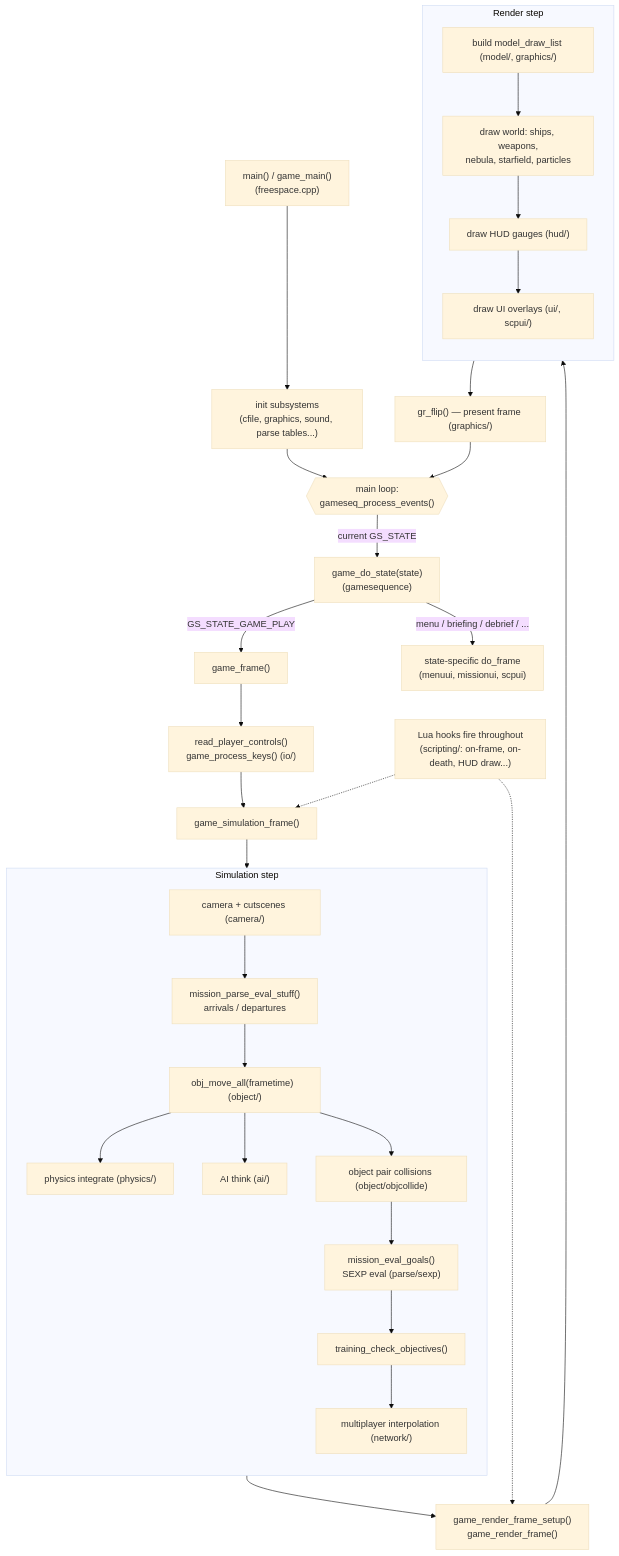
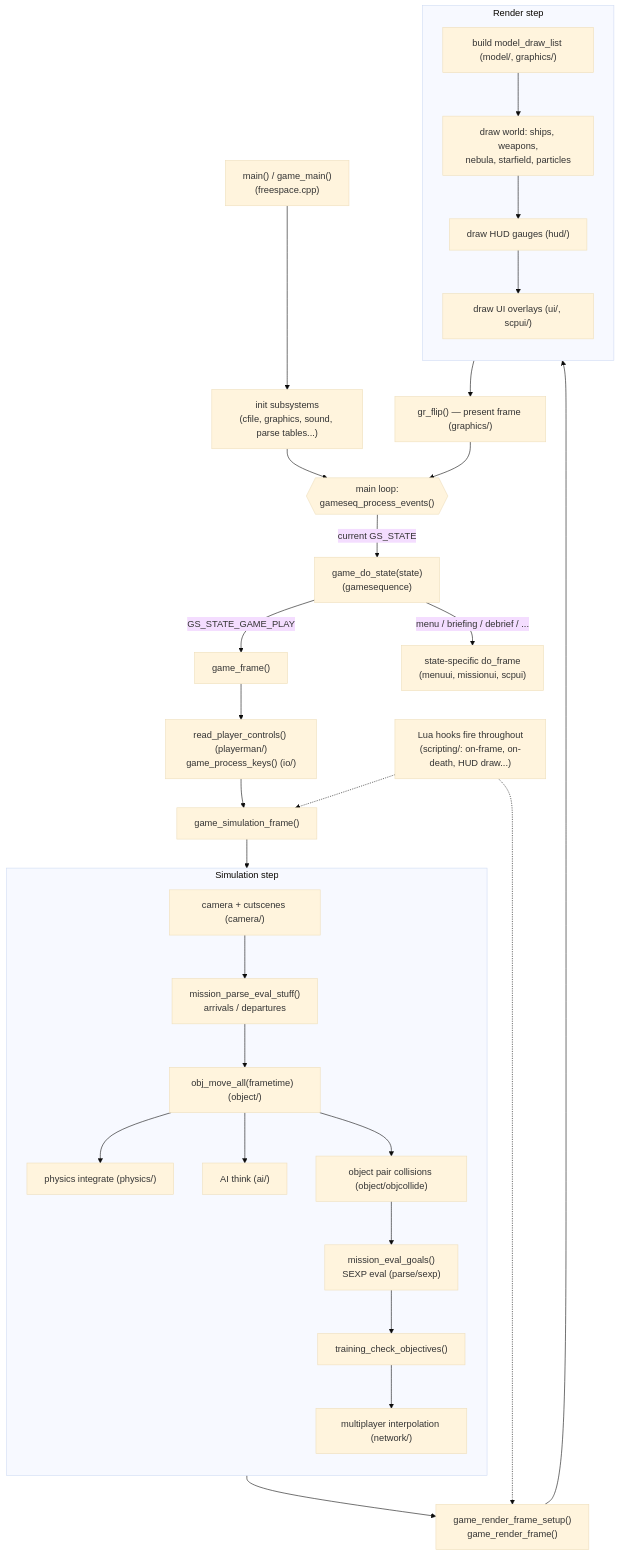
Before and after one commit to scp-fs2open/fs2open.github.com: the diagram in documentation/ARCHITECTURE.md, drawn with Mermaid (base theme). The commit also changed other lines of this file and 13 other files, not shown here.

````diff
--- a/documentation/ARCHITECTURE.md
+++ b/documentation/ARCHITECTURE.md
@@ -134,41 +134,41 @@
 ```mermaid
 flowchart TD
     main["main() / game_main()<br/>(freespace.cpp)"] --> init["init subsystems<br/>(cfile, graphics, sound, parse tables...)"]
     init --> loop{{"main loop:<br/>gameseq_process_events()"}}
 
     loop -->|current GS_STATE| dispatch["game_do_state(state)<br/>(gamesequence)"]
     dispatch -->|GS_STATE_GAME_PLAY| frame["game_frame()"]
     dispatch -->|menu / briefing / debrief / ...| ui["state-specific do_frame<br/>(menuui, missionui, scpui)"]
 
-    frame --> input["read_player_controls()<br/>game_process_keys() (io/)"]
+    frame --> input["read_player_controls() (playerman/)<br/>game_process_keys() (io/)"]
     input --> sim["game_simulation_frame()"]
 
     subgraph SIM["Simulation step"]
         direction TB
         cam["camera + cutscenes (camera/)"] --> mission_pre["mission_parse_eval_stuff()<br/>arrivals / departures"]
         mission_pre --> move["obj_move_all(frametime)  (object/)"]
         move --> physics["physics integrate (physics/)"]
         move --> ai["AI think (ai/)"]
         move --> collide["object pair collisions (object/objcollide)"]
         collide --> goals["mission_eval_goals()<br/>SEXP eval (parse/sexp)"]
         goals --> training["training_check_objectives()"]
         training --> multi["multiplayer interpolation (network/)"]
     end
 
     sim --> SIM
     SIM --> render["game_render_frame_setup()<br/>game_render_frame()"]
 
     subgraph REN["Render step"]
         direction TB
         scene["build model_draw_list (model/, graphics/)"] --> world["draw world: ships, weapons,<br/>nebula, starfield, particles"]
         world --> hud["draw HUD gauges (hud/)"]
         hud --> uidraw["draw UI overlays (ui/, scpui/)"]
     end
 
     render --> REN
     REN --> flip["gr_flip() — present frame (graphics/)"]
     flip --> loop
 
     hooks["Lua hooks fire throughout<br/>(scripting/: on-frame, on-death, HUD draw...)"] -.-> sim
     hooks -.-> render
 ```
````
